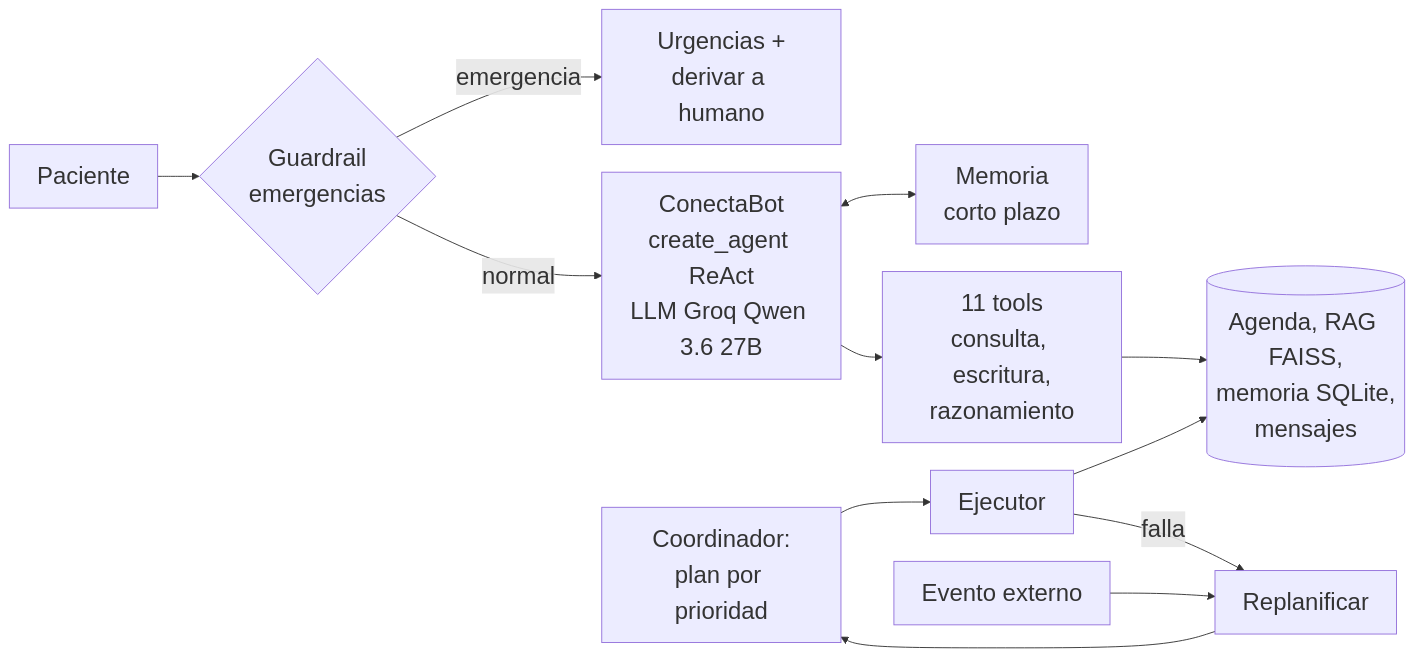
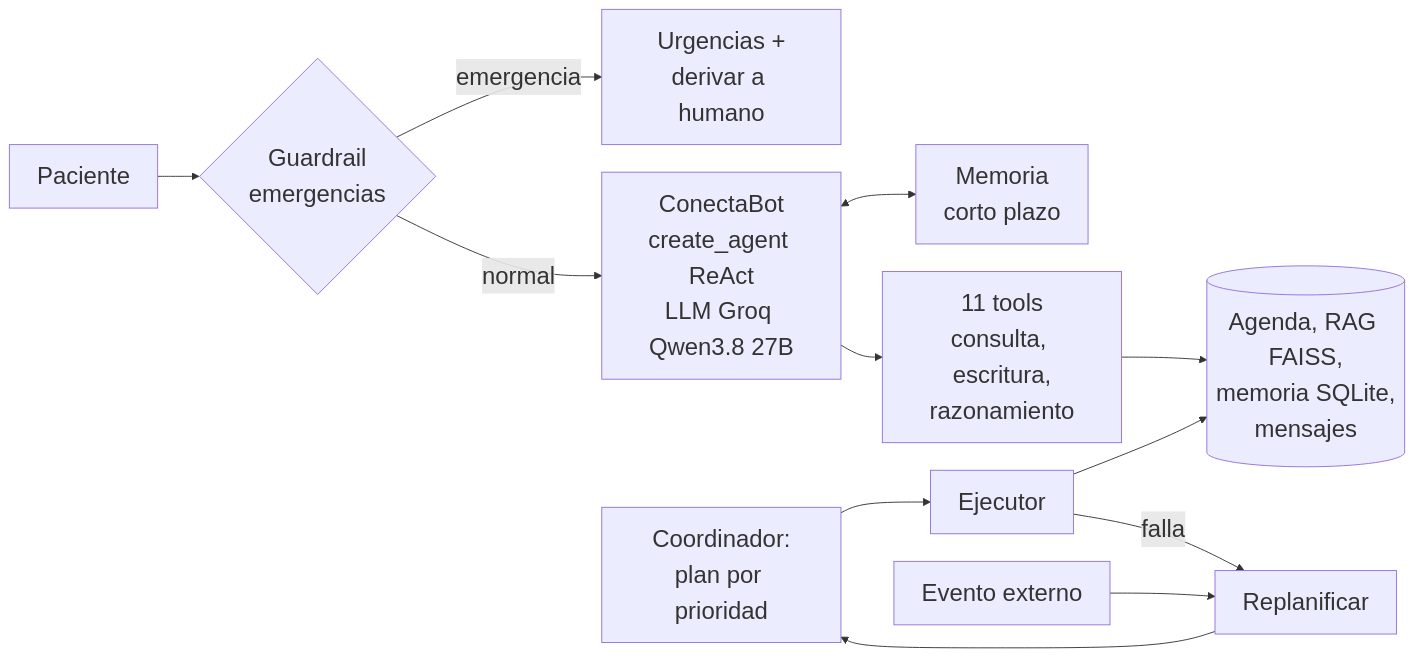
Before and after one commit to BenjaminHeresmann/SaludConecta-IA: the diagram in docs/arquitectura_ep2_lamina.mmd, drawn with Mermaid. The commit also changed 11 other files, not shown here.

First line of the commit message:
Groq qwen3.8-27b, embeddings locales por defecto y FAISS en bytes

```diff
--- a/docs/arquitectura_ep2_lamina.mmd
+++ b/docs/arquitectura_ep2_lamina.mmd
@@ -1,13 +1,13 @@
 %%{init: {"themeVariables": {"fontSize": "26px"}, "flowchart": {"nodeSpacing": 30, "rankSpacing": 45}}}%%
 flowchart LR
     U[Paciente] --> G{Guardrail<br/>emergencias}
     G -- emergencia --> H[Urgencias +<br/>derivar a humano]
-    G -- normal --> A[ConectaBot<br/>create_agent ReAct<br/>LLM Groq Qwen 3.6 27B]
+    G -- normal --> A[ConectaBot<br/>create_agent ReAct<br/>LLM Groq Qwen3.8 27B]
     A <--> MC[Memoria<br/>corto plazo]
     A --> T[11 tools<br/>consulta, escritura,<br/>razonamiento]
     T --> D[(Agenda, RAG FAISS,<br/>memoria SQLite,<br/>mensajes)]
     CO[Coordinador:<br/>plan por prioridad] --> E[Ejecutor]
     E --> D
     E -- falla --> R[Replanificar]
     EV[Evento externo] --> R
     R --> CO
```
